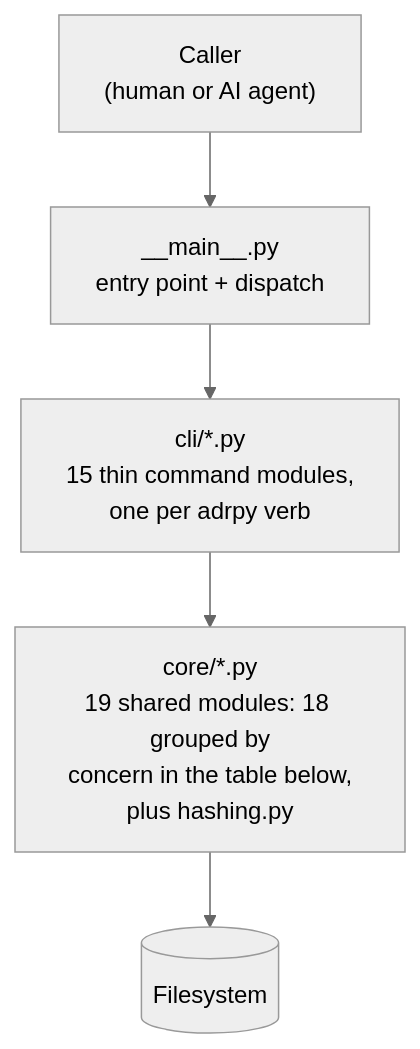
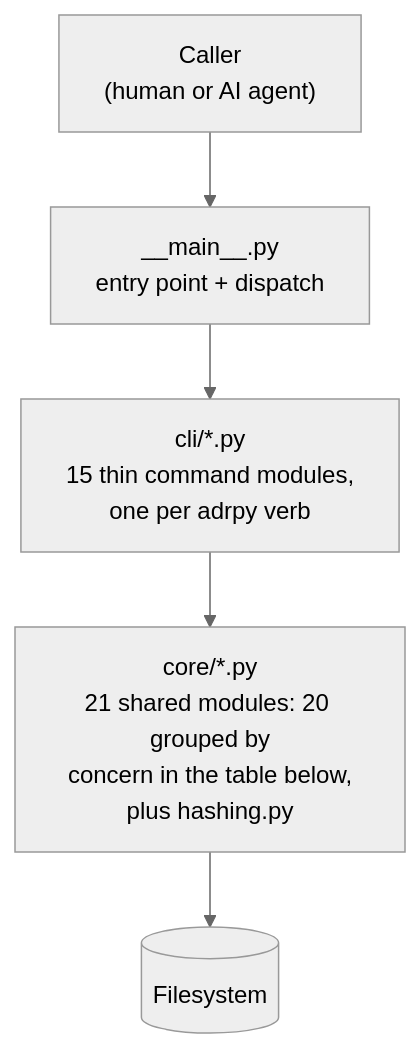
The first of 6 diagrams in doc/architecture.md (FRACerqueira/adrpy-ai), drawn with Mermaid (neutral theme) before and after one commit. The commit also changed other lines of this file and 37 other files, not shown here.

````diff
--- a/doc/architecture.md
+++ b/doc/architecture.md
@@ -49,7 +49,7 @@
 ```mermaid
 graph TD
     CALLER["Caller<br/>(human or AI agent)"] --> MAIN
     MAIN["__main__.py<br/>entry point + dispatch"] --> CLI
     CLI["cli/*.py<br/>15 thin command modules,<br/>one per adrpy verb"] --> CORE
-    CORE["core/*.py<br/>19 shared modules: 18 grouped by<br/>concern in the table below,<br/>plus hashing.py"] --> FS[("Filesystem")]
+    CORE["core/*.py<br/>21 shared modules: 20 grouped by<br/>concern in the table below,<br/>plus hashing.py"] --> FS[("Filesystem")]
 ```
````
